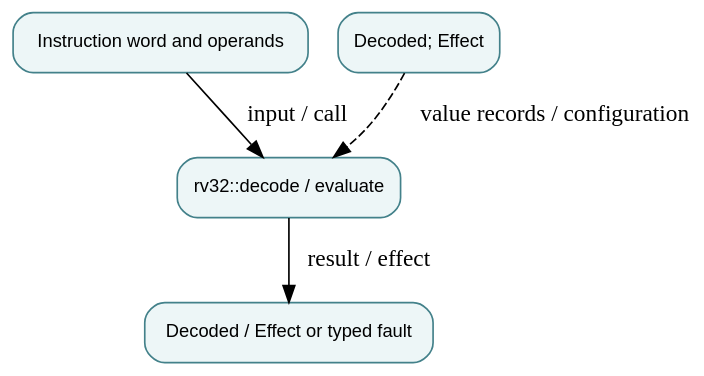
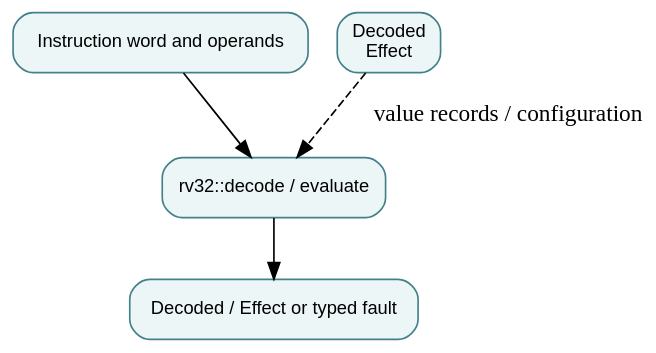
One commit to qsbit-org/qsbit-sim changed the diagram in docs/modules/isa-decoder-and-semantics.md. Above: the diagram before and after it, drawn with Graphviz. The commit also changed other lines of this file and 41 other files, not shown here.

````diff
--- a/docs/modules/isa-decoder-and-semantics.md
+++ b/docs/modules/isa-decoder-and-semantics.md
@@ -17,11 +14,11 @@
 ```{graphviz}
 digraph module {
   rankdir=TB; bgcolor="transparent";
   node [shape=box, style="rounded,filled", fillcolor="#edf6f7", color="#43818a", fontname="sans-serif", fontsize=11];
   input [label="Instruction word and operands"];
   owner [label="rv32::decode / evaluate"];
-  state [label="Decoded; Effect"];
+  state [label="Decoded\nEffect"];
   output [label="Decoded / Effect or typed fault"];
-  input -> owner [label="input / call"]; owner -> output [label="result / effect"]; state -> owner [style=dashed, label="value records / configuration"];
+  input -> owner; owner -> output; state -> owner [style=dashed, label="value records / configuration"];
 }
 ```
````
